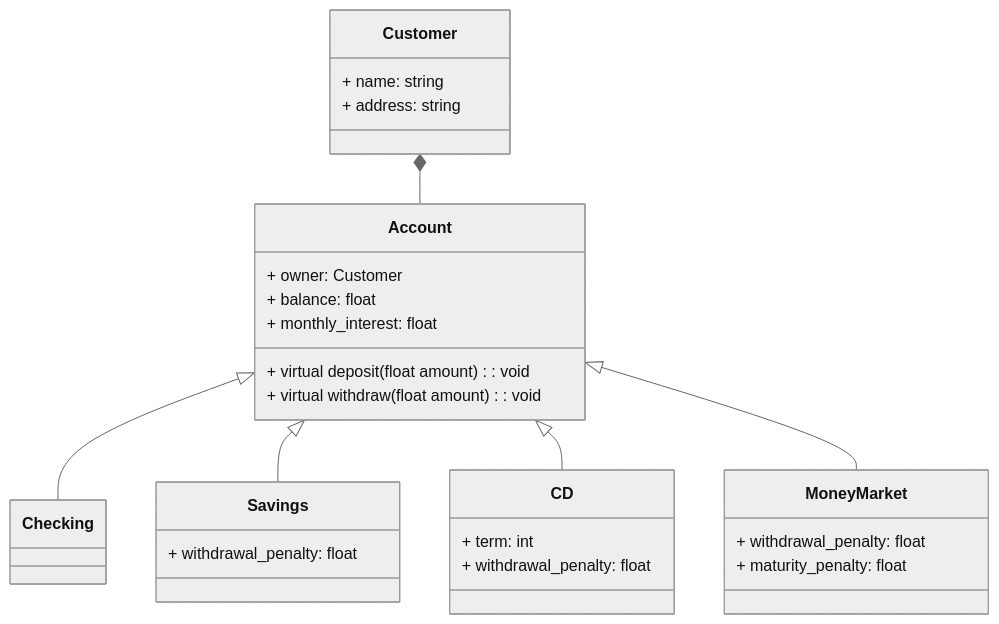
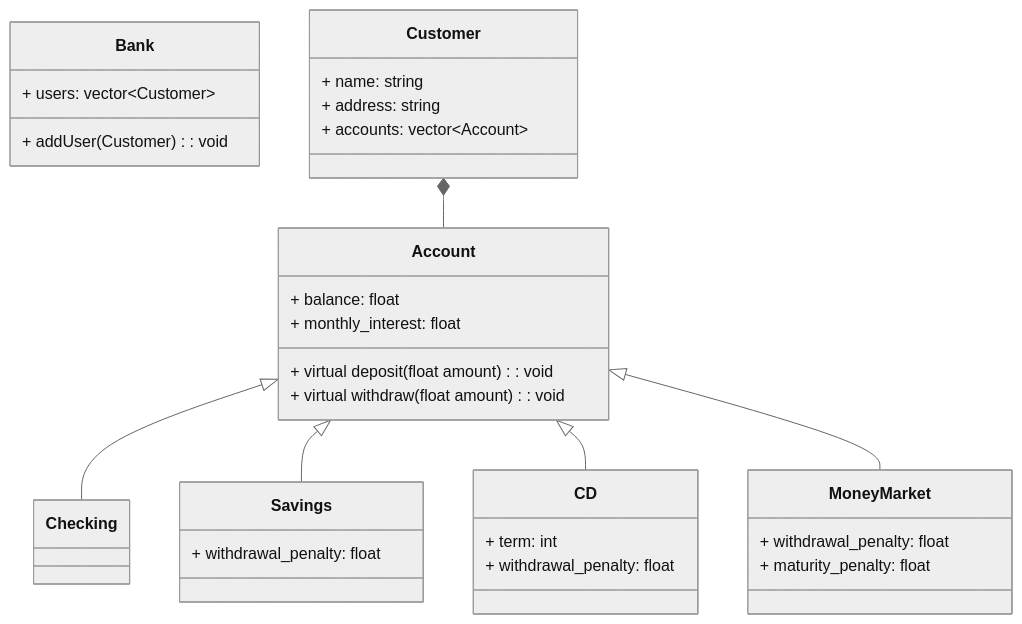
Before and after one commit to Tallented-Code-bot/CS-group-project: the diagram in README.md, drawn with Mermaid (neutral theme). The commit also changed other lines of this file and 10 other files, not shown here.

````diff
--- a/README.md
+++ b/README.md
@@ -8,47 +12,54 @@
 ``` mermaid
 classDiagram
+    class Bank{
+       + users: vector~Customer~
+       + addUser(Customer): void
+    }
+    
+
+
     class Account{
-        + owner: Customer
         + balance: float
         + monthly_interest: float
         + virtual deposit(float amount): void
         + virtual withdraw(float amount): void
     }
 
 
 
     class Customer{
         + name: string
         + address: string
+        + accounts: vector~Account~
     }
 
 
     class Checking{
 
     }
 
     class Savings{
         + withdrawal_penalty: float
     }
 
 
 
     class CD{
         + term: int
         + withdrawal_penalty: float
     }
 
     class MoneyMarket{
         + withdrawal_penalty: float
         + maturity_penalty: float
     }
 
 
 
     Account <|-- Checking
     Account <|-- Savings
     Account <|-- CD
     Account <|-- MoneyMarket
     Customer *-- Account
 
 ```
````
